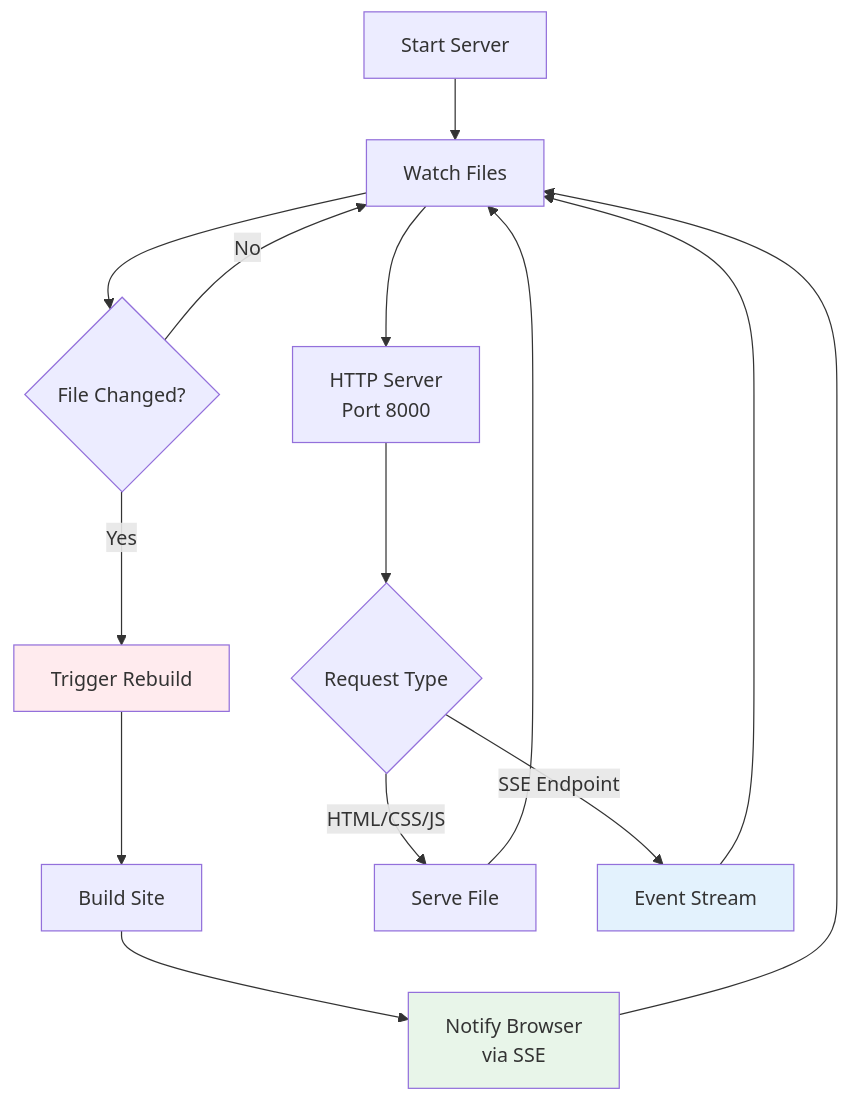
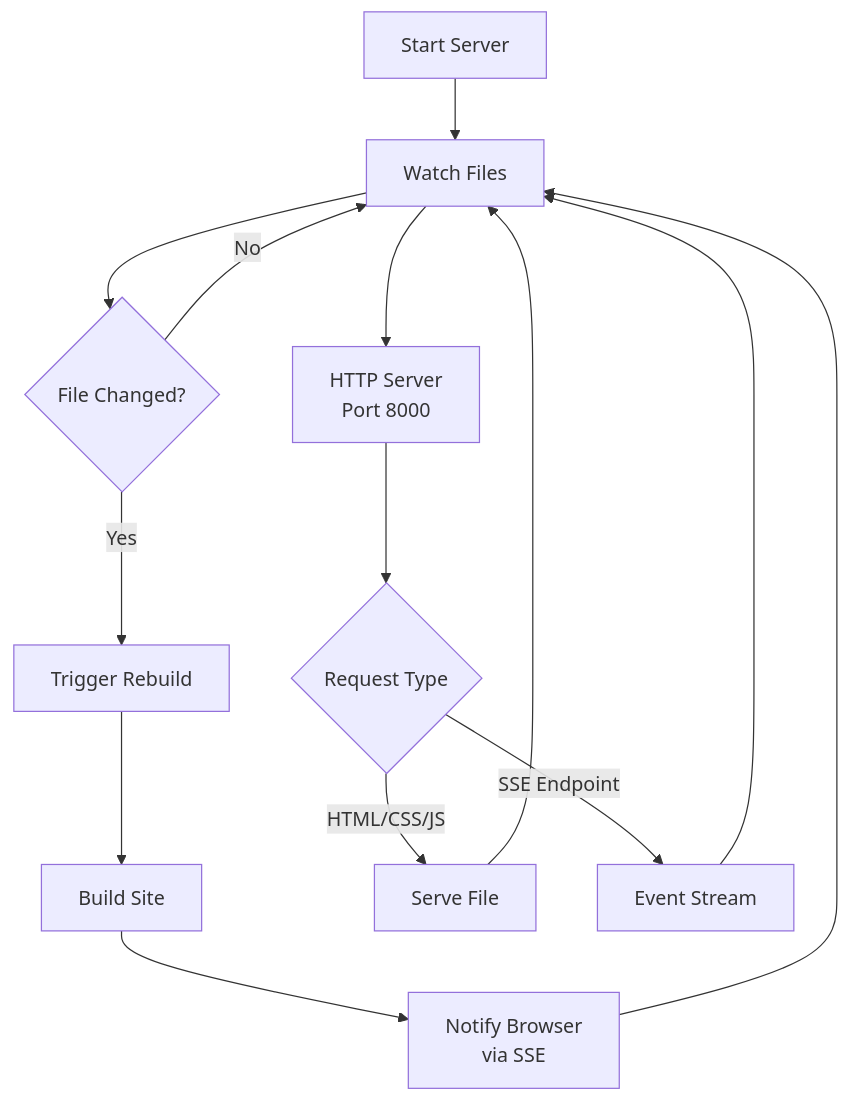
One commit to lbliii/bengal changed the diagram in site/content/architecture/tooling/server.md. Above: the diagram before and after it, drawn with Mermaid. The commit also changed 13 other files, not shown here.

Commit message:
mermaid enhancements

````diff
--- a/site/content/architecture/tooling/server.md
+++ b/site/content/architecture/tooling/server.md
@@ -29,24 +29,20 @@
 ```mermaid
 flowchart TD
     Start[Start Server] --> Watch[Watch Files]
     Watch --> Serve[HTTP Server<br/>Port 8000]
 
     Watch --> Change{File Changed?}
     Change -->|Yes| Rebuild[Trigger Rebuild]
     Change -->|No| Watch
 
     Rebuild --> BuildSite[Build Site]
     BuildSite --> Notify[Notify Browser<br/>via SSE]
     Notify --> Watch
 
     Serve --> Request{Request Type}
     Request -->|HTML/CSS/JS| Static[Serve File]
     Request -->|SSE Endpoint| Events[Event Stream]
 
     Static --> Watch
     Events --> Watch
-
-    style Rebuild fill:#ffebee
-    style Notify fill:#e8f5e9
-    style Events fill:#e3f2fd
 ```
````
